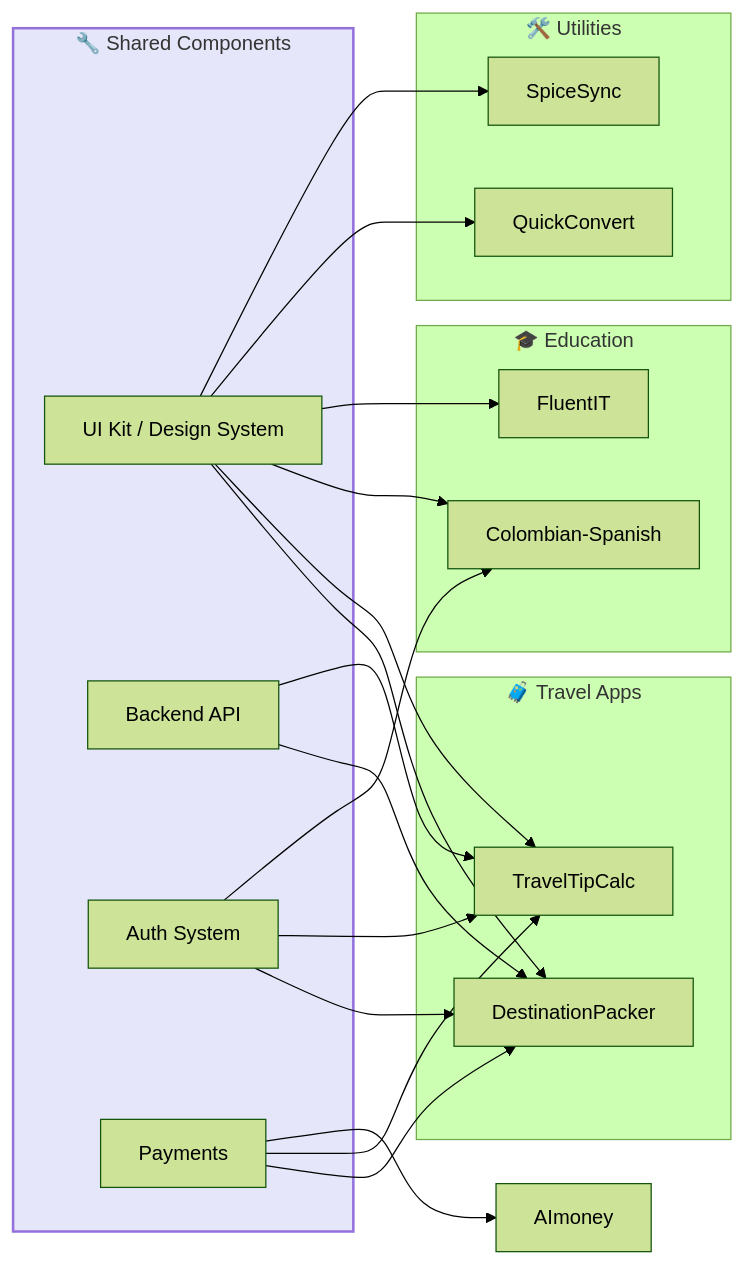
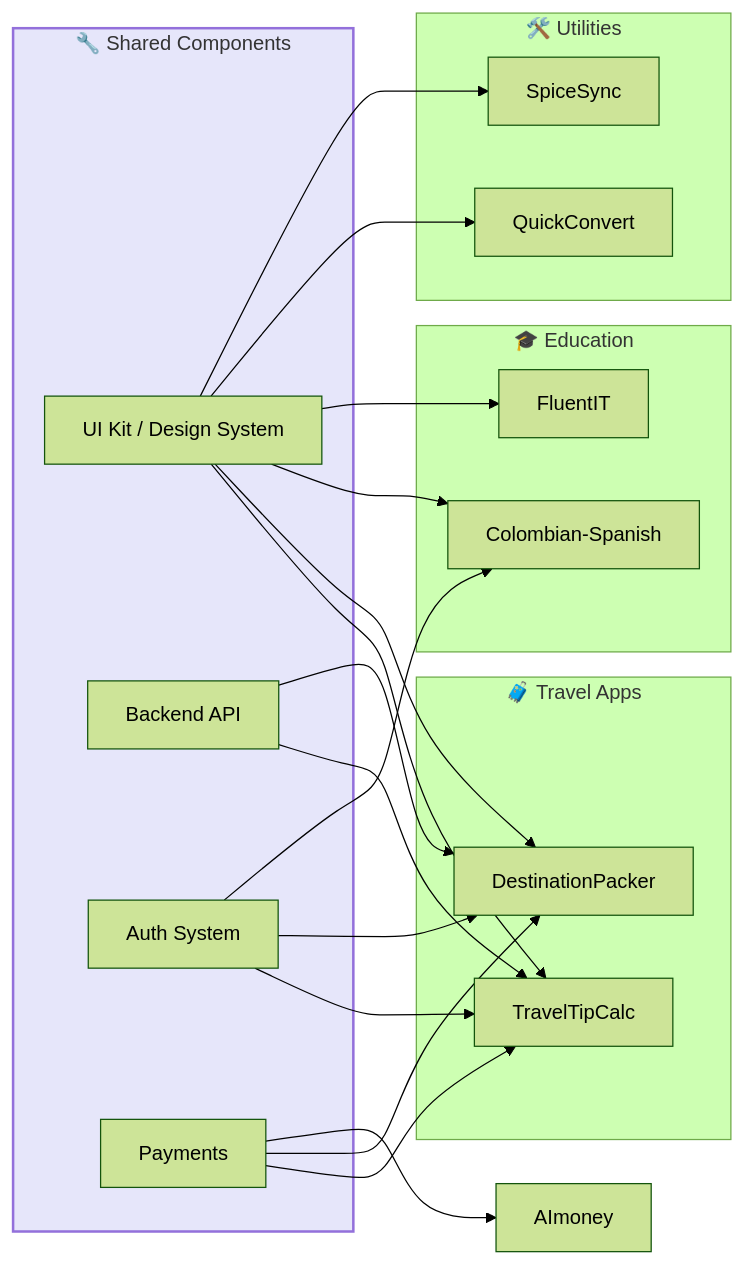
One commit to mikepitts25/VibeKeeper changed the fifth of 5 diagrams in projects-visual-tree.md. Above: the diagram before and after it, drawn with Mermaid (forest theme). The commit also changed other lines of this file and 1 other file, not shown here.

First line of the commit message:
Update: TravelTipCalc promoted to TESTING — Ship First

````diff
--- a/projects-visual-tree.md
+++ b/projects-visual-tree.md
@@ -120,31 +129,31 @@
 ```mermaid
 flowchart LR
     subgraph SHARED["🔧 Shared Components"]
         UI[UI Kit / Design System]
         API[Backend API]
         AUTH[Auth System]
         PAY[Payments]
     end
 
     subgraph TRAVEL["🧳 Travel Apps"]
+        TTC2[TravelTipCalc]
         DP2[DestinationPacker]
-        TTC2[TravelTipCalc]
     end
 
     subgraph EDU["🎓 Education"]
         CS2[Colombian-Spanish]
         FI2[FluentIT]
     end
 
     subgraph UTIL["🛠️ Utilities"]
         QC2[QuickConvert]
         SS2[SpiceSync]
     end
 
-    UI --> DP2 & TTC2 & CS2 & FI2 & QC2 & SS2
-    API --> DP2 & TTC2
-    AUTH --> DP2 & TTC2 & CS2
-    PAY --> DP2 & TTC2 & AM2[AImoney]
+    UI --> TTC2 & DP2 & CS2 & FI2 & QC2 & SS2
+    API --> TTC2 & DP2
+    AUTH --> TTC2 & DP2 & CS2
+    PAY --> TTC2 & DP2 & AM2[AImoney]
 
     style SHARED fill:#E6E6FA,stroke:#9370DB,stroke-width:2px
 ```
````
